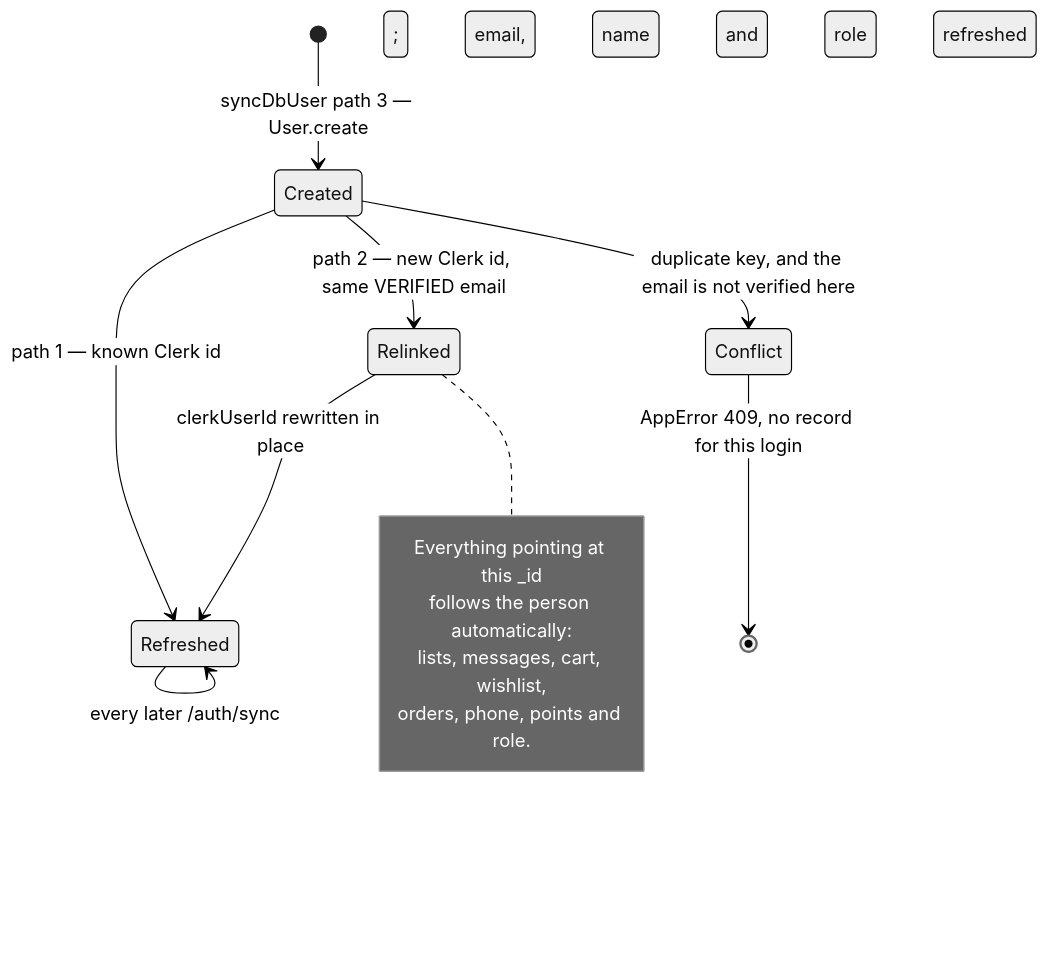
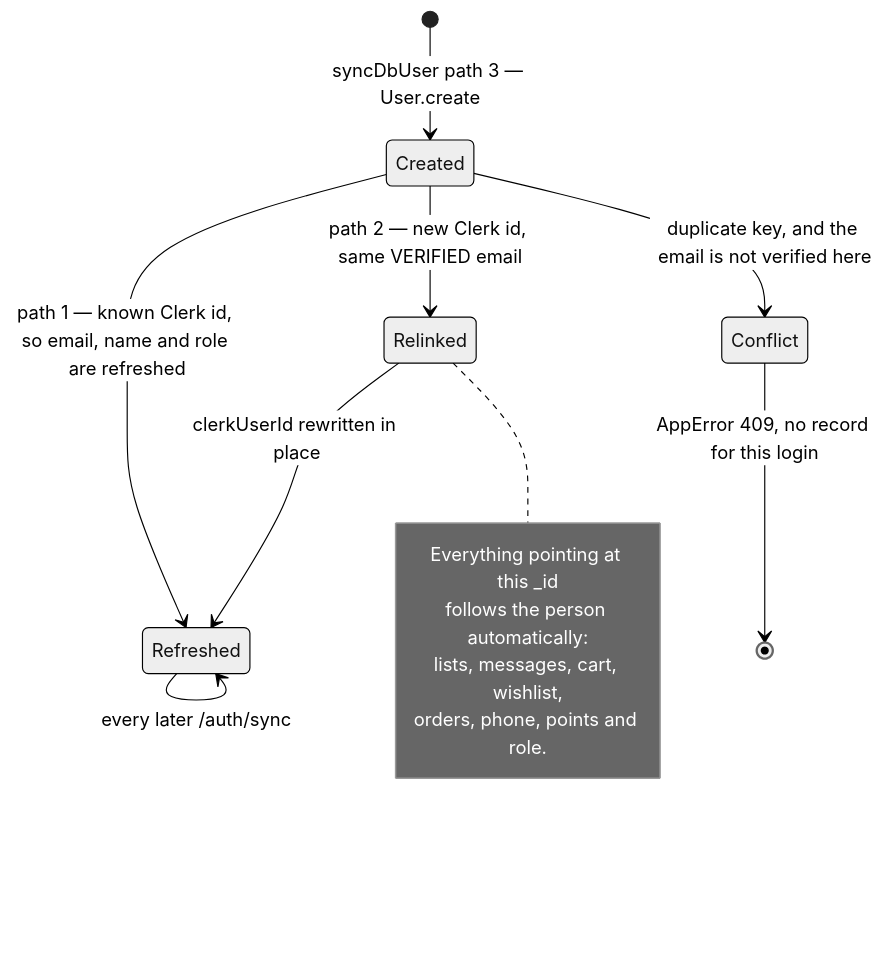
Before and after one commit to shiv-anshu-gupta/TypeScriptProject: the diagram in docs/interfaces/database/users.md, drawn with Mermaid (neutral theme). The commit also changed 7 other files, not shown here.

First line of the commit message:
docs: make the diagrams render, and prove all 72 parse

````diff
--- a/docs/interfaces/database/users.md
+++ b/docs/interfaces/database/users.md
@@ -124,17 +124,17 @@
 ```mermaid
 stateDiagram-v2
   [*] --> Created : syncDbUser path 3 — User.create
-  Created --> Refreshed : path 1 — known Clerk id; email, name and role refreshed
+  Created --> Refreshed : path 1 — known Clerk id, so email, name and role are refreshed
   Refreshed --> Refreshed : every later /auth/sync
   Created --> Relinked : path 2 — new Clerk id, same VERIFIED email
   Relinked --> Refreshed : clerkUserId rewritten in place
   Created --> Conflict : duplicate key, and the email is not verified here
   Conflict --> [*] : AppError 409, no record for this login
 
   note right of Relinked
     Everything pointing at this _id
     follows the person automatically:
     lists, messages, cart, wishlist,
     orders, phone, points and role.
   end note
 ```
````
